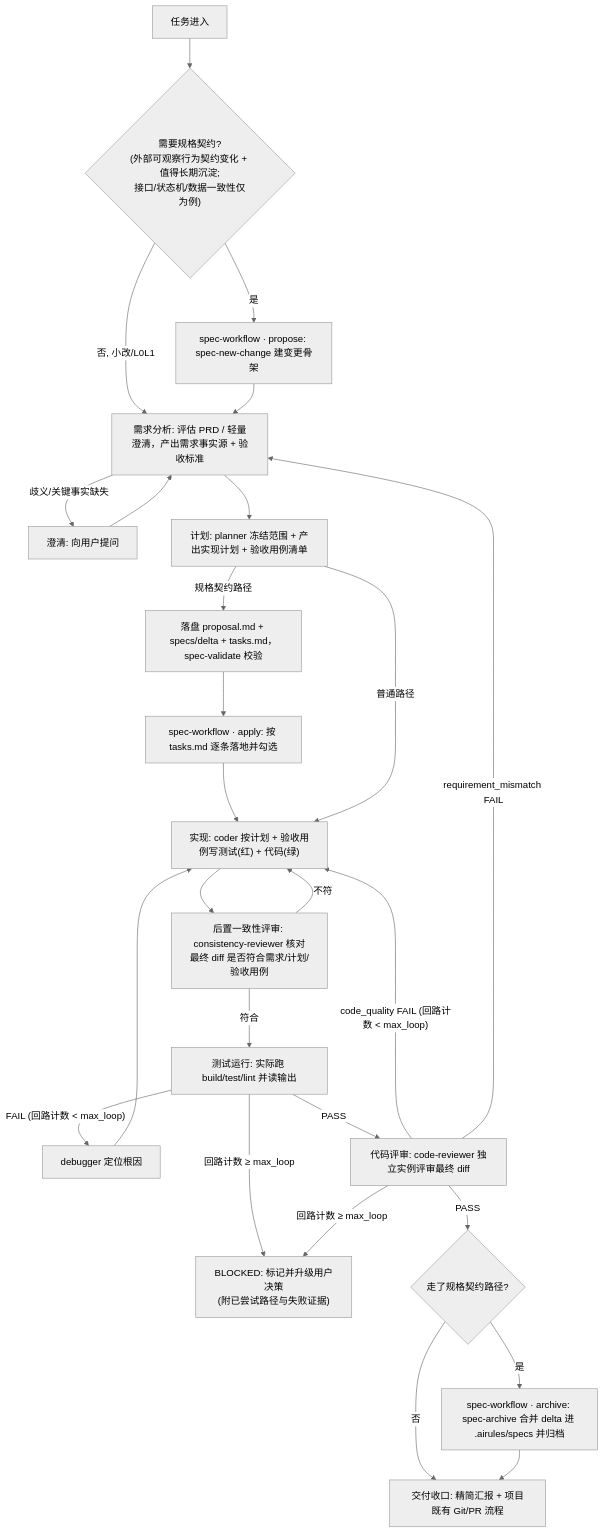
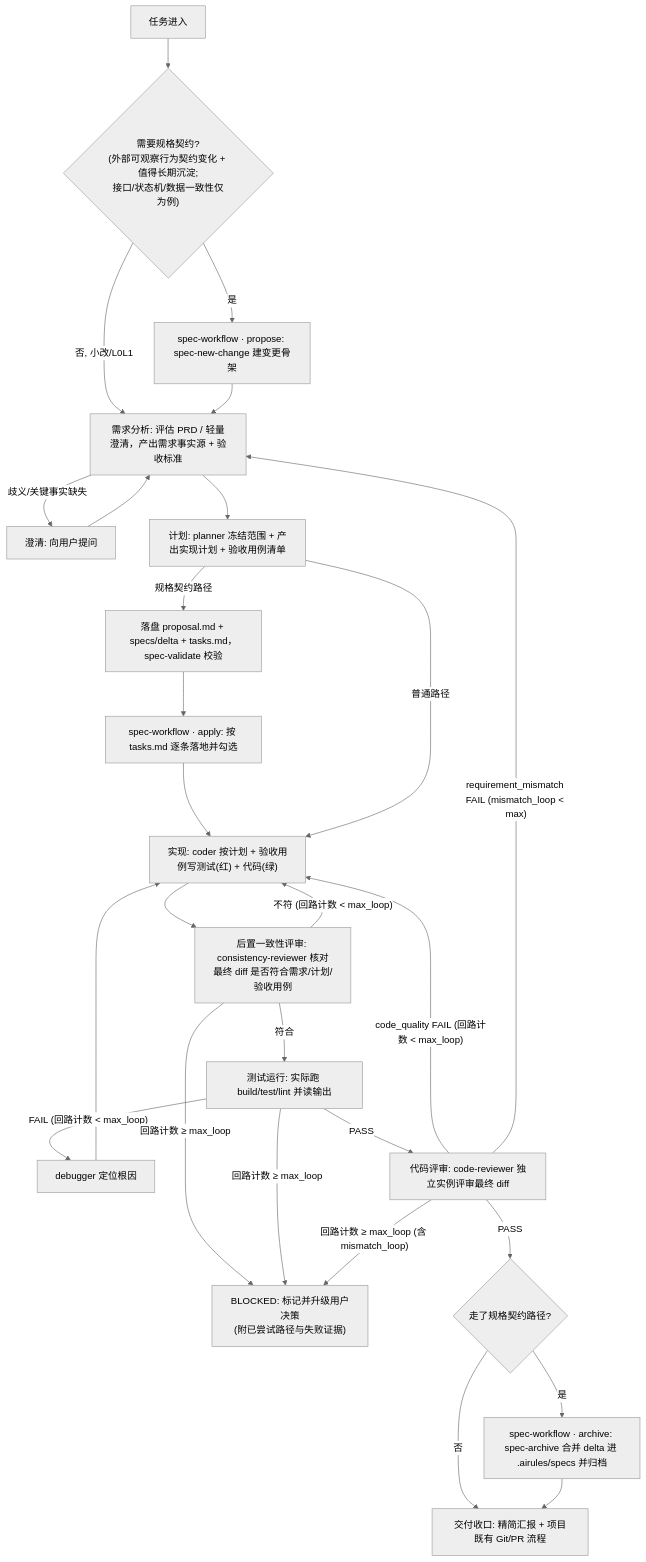
Before and after one commit to moluoxixi/AIRules: the first of 2 diagrams in rules/AGENTS.md, drawn with Mermaid (neutral theme). The commit also changed other lines of this file and 7 other files, not shown here.

First line of the commit message:
feat(rules): 编排回路熔断补全 + 记忆 schema 迁移 + 自洽检查扩展

````diff
--- a/rules/AGENTS.md
+++ b/rules/AGENTS.md
@@ -7,28 +7,29 @@
 ```mermaid
 flowchart TD
   Intake["任务进入"] --> Gate{"需要规格契约?<br/>(外部可观察行为契约变化 + 值得长期沉淀;<br/>接口/状态机/数据一致性仅为例)"}
   Gate -->|否, 小改/L0L1| Req
   Gate -->|是| Propose["spec-workflow · propose: spec-new-change 建变更骨架"]
   Propose --> Req
 
   Req["需求分析: 评估 PRD / 轻量澄清，产出需求事实源 + 验收标准"]
   Req -->|歧义/关键事实缺失| Clarify["澄清: 向用户提问"] --> Req
   Req --> Plan["计划: planner 冻结范围 + 产出实现计划 + 验收用例清单"]
   Plan -->|规格契约路径| Spec["落盘 proposal.md + specs/delta + tasks.md，spec-validate 校验"]
   Spec --> Apply["spec-workflow · apply: 按 tasks.md 逐条落地并勾选"]
   Apply --> Code
   Plan -->|普通路径| Code["实现: coder 按计划 + 验收用例写测试(红) + 代码(绿)"]
   Code --> Consist["后置一致性评审: consistency-reviewer 核对最终 diff 是否符合需求/计划/验收用例"]
-  Consist -->|不符| Code
+  Consist -->|"不符 (回路计数 < max_loop)"| Code
   Consist -->|符合| Test["测试运行: 实际跑 build/test/lint 并读输出"]
   Test -->|"FAIL (回路计数 < max_loop)"| Debug["debugger 定位根因"] --> Code
   Test -->|"PASS"| Review["代码评审: code-reviewer 独立实例评审最终 diff"]
   Review -->|"code_quality FAIL (回路计数 < max_loop)"| Code
-  Review -->|"requirement_mismatch FAIL"| Req
+  Review -->|"requirement_mismatch FAIL (mismatch_loop < max)"| Req
+  Consist -->|"回路计数 ≥ max_loop"| Blocked
   Test -->|"回路计数 ≥ max_loop"| Blocked["BLOCKED: 标记并升级用户决策<br/>(附已尝试路径与失败证据)"]
-  Review -->|"回路计数 ≥ max_loop"| Blocked
+  Review -->|"回路计数 ≥ max_loop (含 mismatch_loop)"| Blocked
   Review -->|PASS| Archive{"走了规格契约路径?"}
   Archive -->|是| DoArchive["spec-workflow · archive: spec-archive 合并 delta 进 .airules/specs 并归档"]
   Archive -->|否| Done
   DoArchive --> Done["交付收口: 精简汇报 + 项目既有 Git/PR 流程"]
 ```
````
